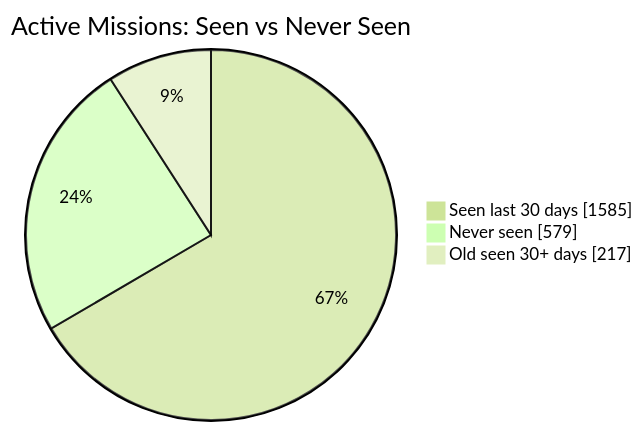
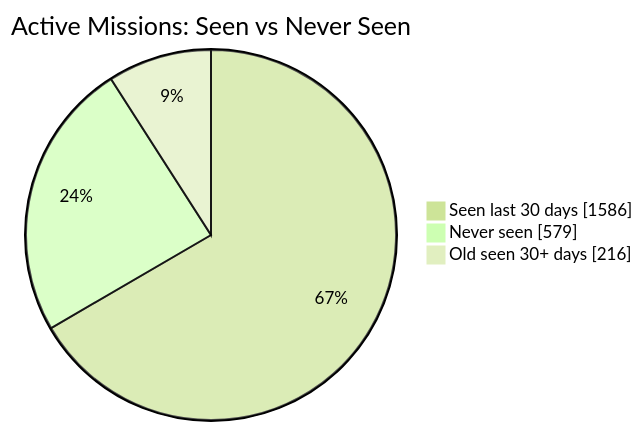
The first of 2 diagrams in README.md (MeldkamerspelGameTeam/active-missions), drawn with Mermaid (forest theme) before and after one commit. The commit also changed other lines of this file and 3 other files, not shown here.

````diff
--- a/README.md
+++ b/README.md
@@ -34,7 +34,7 @@
 ```mermaid
 pie showData
     title Active Missions: Seen vs Never Seen
-    "Seen last 30 days" : 1585
+    "Seen last 30 days" : 1586
     "Never seen" : 579
-    "Old seen 30+ days" : 217
+    "Old seen 30+ days" : 216
 ```
````
